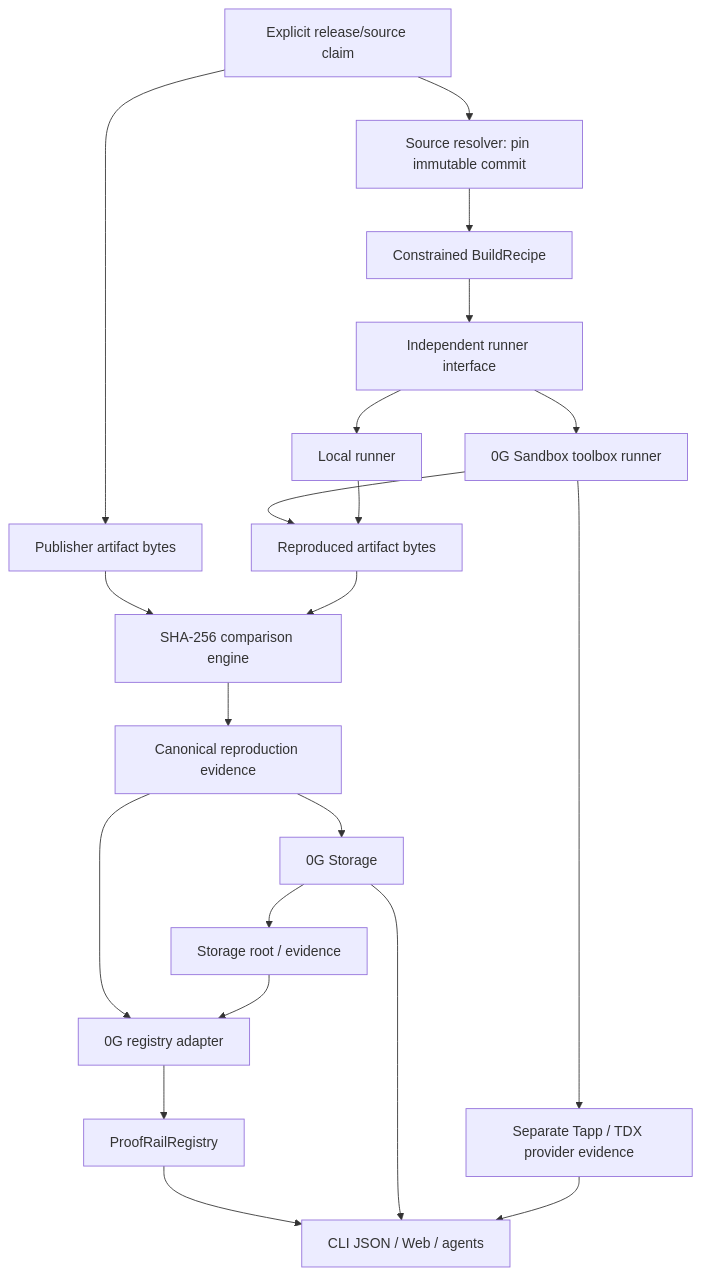
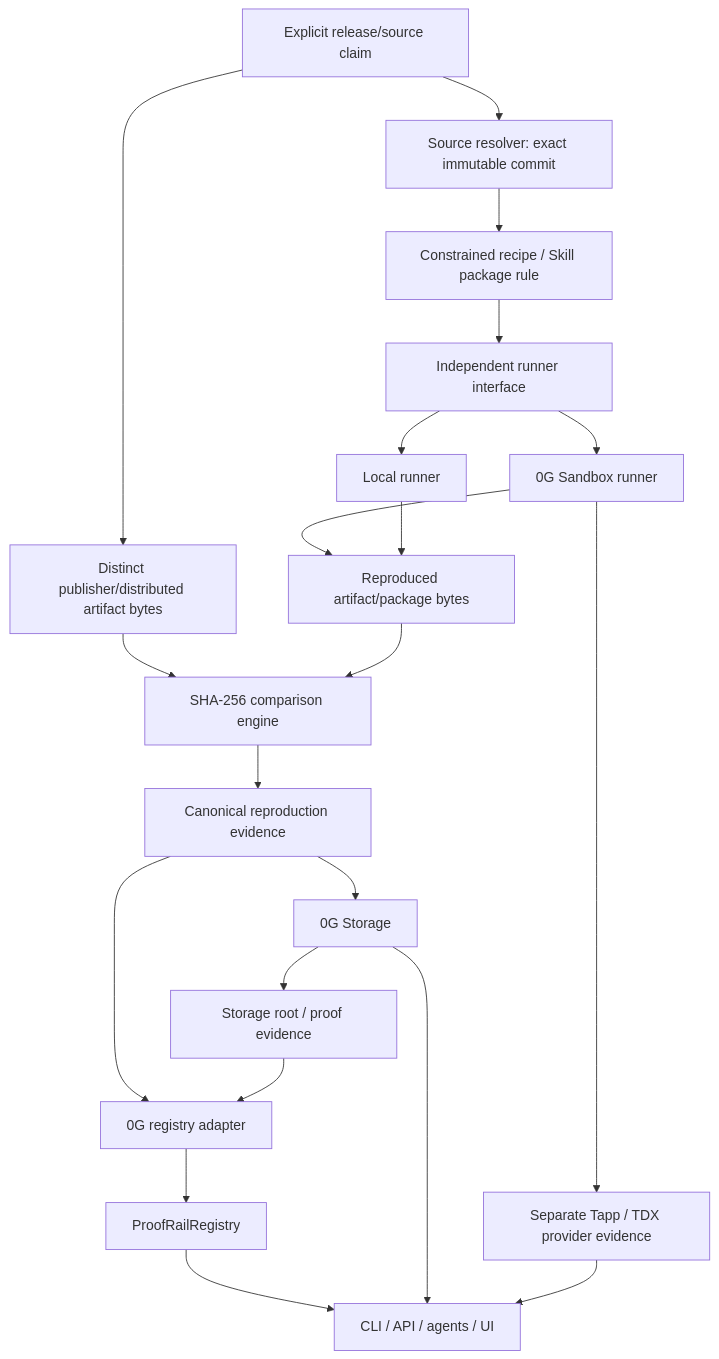
One commit to Ollie202/aegisone changed the first of 2 diagrams in docs/03-architecture.md. Above: the diagram before and after it, drawn with Mermaid. The commit also changed other lines of this file, not shown here.

Commit message:
docs: reconcile architecture with M8 backend-first Hub

````diff
--- a/docs/03-architecture.md
+++ b/docs/03-architecture.md
@@ -9,23 +11,23 @@
 ```mermaid
 flowchart TD
-  A["Explicit release/source claim"] --> B["Source resolver: pin immutable commit"]
-  A --> P["Publisher artifact bytes"]
-  B --> C["Constrained BuildRecipe"]
+  A["Explicit release/source claim"] --> B["Source resolver: exact immutable commit"]
+  A --> P["Distinct publisher/distributed artifact bytes"]
+  B --> C["Constrained recipe / Skill package rule"]
   C --> D["Independent runner interface"]
   D --> D1["Local runner"]
-  D --> D2["0G Sandbox toolbox runner"]
-  D2 --> E["Reproduced artifact bytes"]
+  D --> D2["0G Sandbox runner"]
+  D2 --> E["Reproduced artifact/package bytes"]
   D1 --> E
   D2 --> T["Separate Tapp / TDX provider evidence"]
   P --> F["SHA-256 comparison engine"]
   E --> F
   F --> G["Canonical reproduction evidence"]
   G --> H["0G Storage"]
-  H --> I["Storage root / evidence"]
+  H --> I["Storage root / proof evidence"]
   G --> J["0G registry adapter"]
   I --> J
   J --> K["ProofRailRegistry"]
-  K --> L["CLI JSON / Web / agents"]
+  K --> L["CLI / API / agents / UI"]
   H --> L
   T --> L
 ```
````
